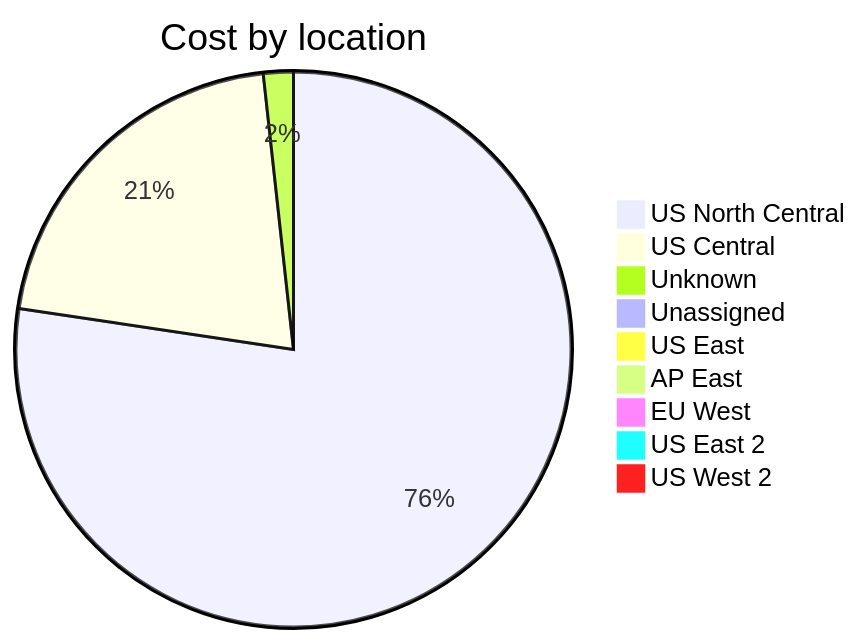
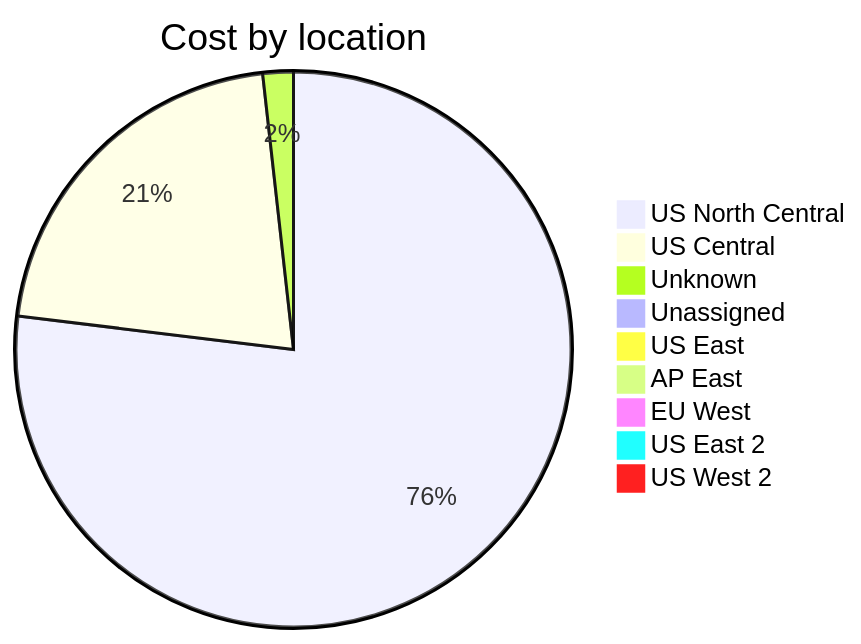
One commit to jpfulton/azure-personal-reports changed the third of 4 diagrams in cost-reports/accumulated-cost.md. Above: the diagram before and after it, drawn with Mermaid. The commit also changed other lines of this file and 4 other files, not shown here.

````diff
--- a/cost-reports/accumulated-cost.md
+++ b/cost-reports/accumulated-cost.md
@@ -129,13 +129,13 @@
 ```mermaid
 pie
    title Cost by location
-   "US North Central" : 26.21
-   "US Central" : 7.08
-   "Unknown" : 0.59
-   "Unassigned" : 0.29
-   "US East" : 0.12
+   "US North Central" : 27.74
+   "US Central" : 7.68
+   "Unknown" : 0.64
+   "Unassigned" : 0.31
+   "US East" : 0.13
    "AP East" : 0.00
    "EU West" : 0.00
    "US East 2" : 0.00
    "US West 2" : 0.00
 ```
````
